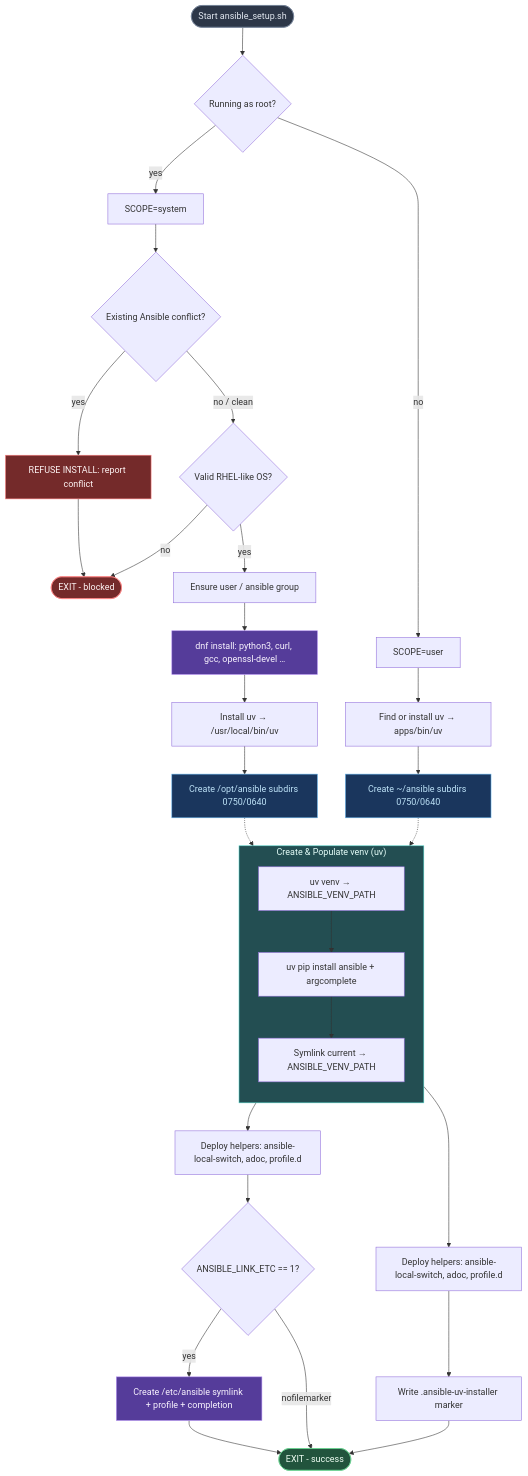
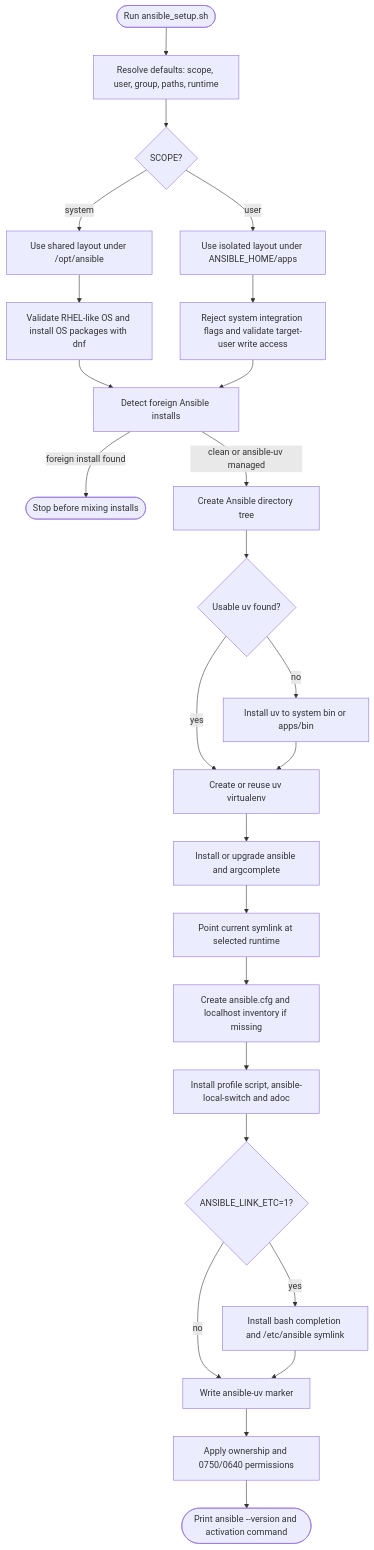
One commit to joe-speedboat/ansible.installer changed the first of 2 diagrams in README.md. Above: the diagram before and after it, drawn with Mermaid.

Commit message:
docs: update installer flow diagram

````diff
--- a/README.md
+++ b/README.md
@@ -7,51 +9,34 @@
 ```mermaid
 flowchart TD
-    Start([Start ansible_setup.sh]) --> DetectUser{Running as root?}
-    DetectUser -- yes --> ScopeSystem[SCOPE=system]
-    DetectUser -- no --> ScopeUser[SCOPE=user]
+  start([Run ansible_setup.sh]) --> defaults[Resolve defaults: scope, user, group, paths, runtime]
+  defaults --> scope{SCOPE?}
 
-    ScopeSystem --> CheckSystem{Existing Ansible conflict?}
-    CheckSystem -- yes --> ErrConflict[REFUSE INSTALL: report conflict]
-    ErrConflict --> EndFail([EXIT - blocked])
+  scope -->|system| system[Use shared layout under /opt/ansible]
+  scope -->|user| user[Use isolated layout under ANSIBLE_HOME/apps]
 
-    CheckSystem -- no / clean --> OSValidateSystem{Valid RHEL-like OS?}
-    OSValidateSystem -- no --> EndFail
-    OSValidateSystem -- yes --> EnsureGroupsSys[Ensure user / ansible group]
-    EnsureGroupsSys --> InstallOSPkgsSys[dnf install: python3, curl, gcc, openssl-devel …]
+  system --> oscheck[Validate RHEL-like OS and install OS packages with dnf]
+  user --> userspace[Reject system integration flags and validate target-user write access]
 
-    InstallOSPkgsSys --> EnsureUVSystem[Install uv → /usr/local/bin/uv]
-    EnsureUVSystem --> CreateDirsSys[Create /opt/ansible subdirs 0750/0640]
+  oscheck --> conflict[Detect foreign Ansible installs]
+  userspace --> conflict
+  conflict -->|foreign install found| stop([Stop before mixing installs])
+  conflict -->|clean or ansible-uv managed| tree[Create Ansible directory tree]
 
-    ScopeUser --> EnsureUVUser[Find or install uv → apps/bin/uv]
-    EnsureUVUser --> CreateDirsUser[Create ~/ansible subdirs 0750/0640]
+  tree --> uv{Usable uv found?}
+  uv -->|yes| venv[Create or reuse uv virtualenv]
+  uv -->|no| installuv[Install uv to system bin or apps/bin]
+  installuv --> venv
 
-    subgraph VENV["Create & Populate venv (uv)"]
-        direction TB
-        MakeVenv["uv venv → ANSIBLE_VENV_PATH"] --> UVInstall["uv pip install ansible + argcomplete"]
-        UVInstall --> CreateCurrent["Symlink current → ANSIBLE_VENV_PATH"]
-    end
+  venv --> pip[Install or upgrade ansible and argcomplete]
+  pip --> current[Point current symlink at selected runtime]
+  current --> seed[Create ansible.cfg and localhost inventory if missing]
+  seed --> payloads[Install profile script, ansible-local-switch and adoc]
 
-    CreateDirsSys -.-> MakeVenv
-    CreateDirsUser -.-> MakeVenv
+  payloads --> integration{ANSIBLE_LINK_ETC=1?}
+  integration -->|yes| systemfiles[Install bash completion and /etc/ansible symlink]
+  integration -->|no| marker[Write ansible-uv marker]
+  systemfiles --> marker
 
-    CreateCurrent --> DeployHelpersSys[Deploy helpers: ansible-local-switch, adoc, profile.d]
-    CreateCurrent --> DeployHelpersUser[Deploy helpers: ansible-local-switch, adoc, profile.d]
-
-    DeployHelpersSys --> LinkEtc{ANSIBLE_LINK_ETC == 1?}
-    LinkEtc -- yes --> EtcIntegrationSys[Create /etc/ansible symlink + profile + completion]
-    EtcIntegrationSys --> EndSuccess([EXIT - success])
-    LinkEtc -- nofilemarker --> EndSuccess
-
-    DeployHelpersUser --> WriteMarker[Write .ansible-uv-installer marker]
-    WriteMarker --> EndSuccess
-
-    style Start fill:#2d3748,stroke:#718096,color:#e2e8f0
-    style EndFail fill:#742a2a,stroke:#fc8181,color:#fff5f5
-    style EndSuccess fill:#22543d,stroke:#68d391,color:#f0fff4
-    style ErrConflict fill:#742a2a,stroke:#fc8181,color:#fff5f5
-    style CreateDirsSys fill:#1a365d,stroke:#63b3ed,color:#bee3f8
-    style CreateDirsUser fill:#1a365d,stroke:#63b3ed,color:#bee3f8
-    style InstallOSPkgsSys fill:#553c9a,stroke:#b794f4,color:#faf5ff
-    style EtcIntegrationSys fill:#553c9a,stroke:#b794f4,color:#faf5ff
-    style VENV fill:#234e52,stroke:#4fd1c5,color:#e6fffa
+  marker --> perms[Apply ownership and 0750/0640 permissions]
+  perms --> done([Print ansible --version and activation command])
 ```
````
